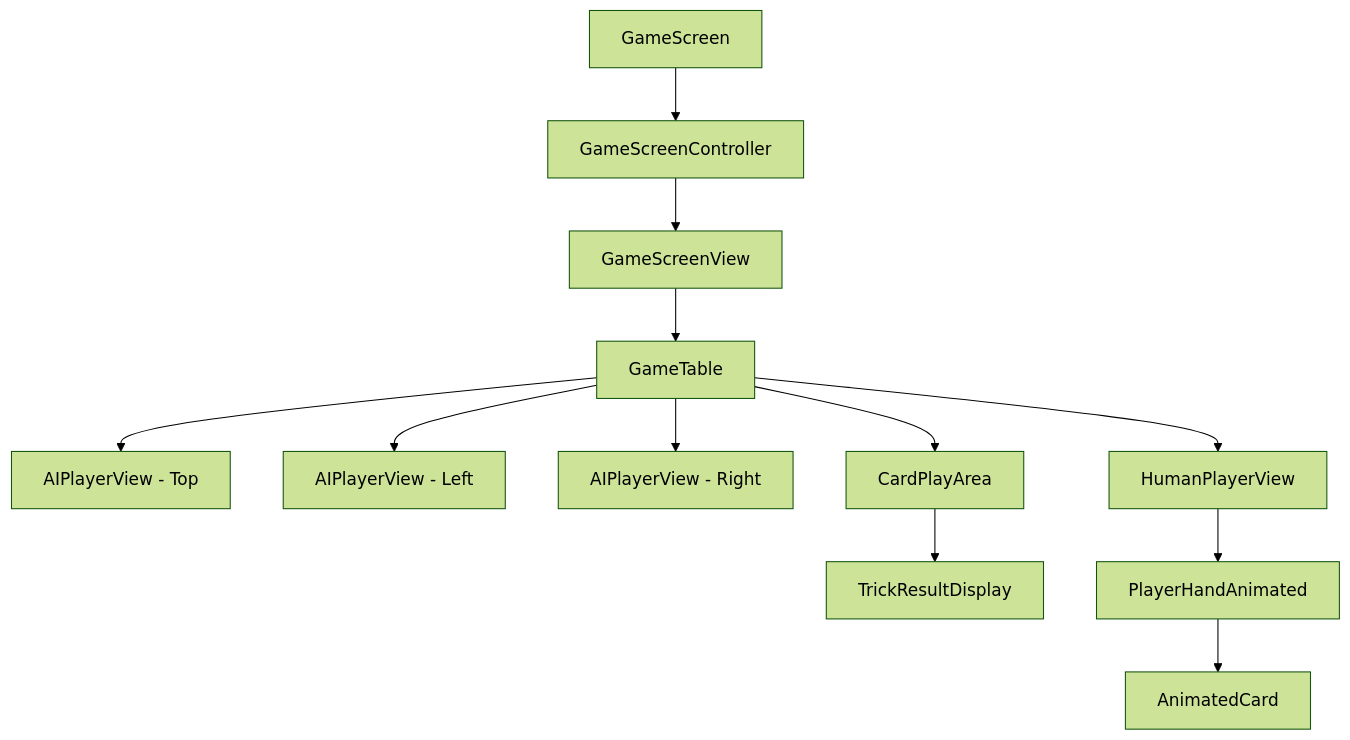
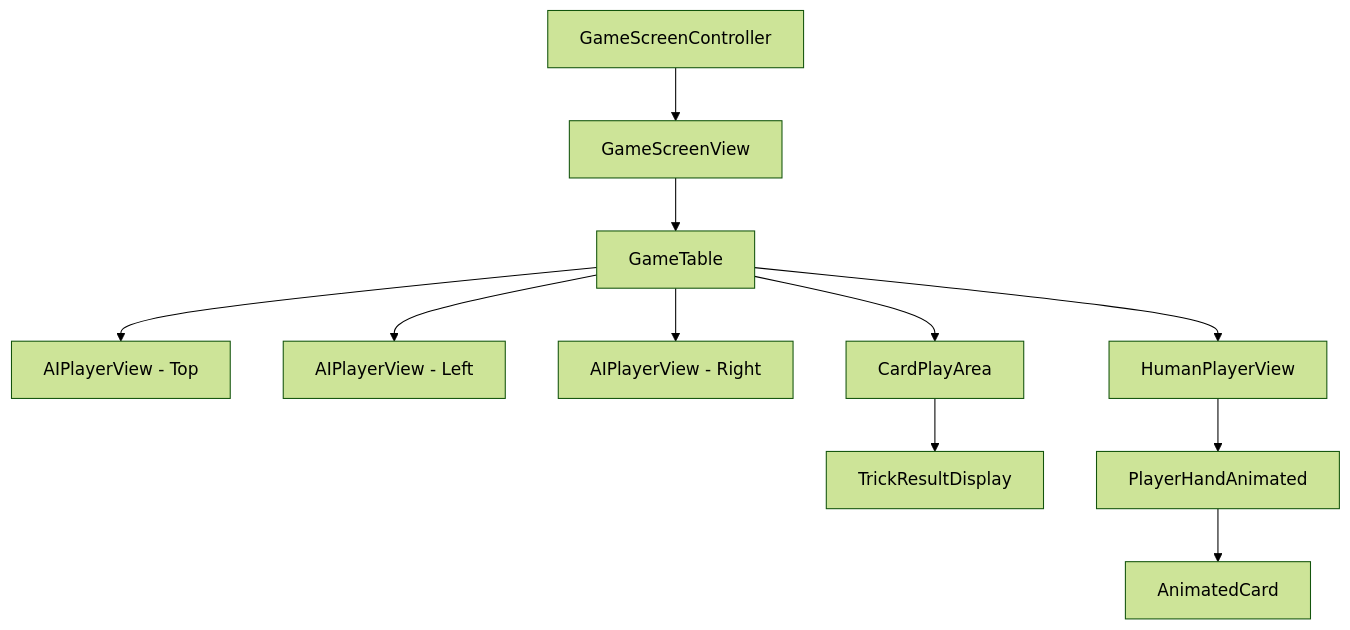
Before and after one commit to ejfn/Tractor: the third of 3 diagrams in docs/ARCHITECTURE.md, drawn with Mermaid (forest theme). The commit also changed other lines of this file and 18 other files, not shown here.

First line of the commit message:
Refactor player hand components and fix type/lint errors (#4)

````diff
--- a/docs/ARCHITECTURE.md
+++ b/docs/ARCHITECTURE.md
@@ -87,14 +85,13 @@
 ```mermaid
 graph TD
-    A["GameScreen"] --> B["GameScreenController"]
-    B --> C["GameScreenView"]
-    C --> D["GameTable"]
-    D --> E["AIPlayerView - Top"]
-    D --> F["AIPlayerView - Left"]
-    D --> G["AIPlayerView - Right"]
-    D --> H["HumanPlayerView"]
-    D --> I["CardPlayArea"]
-    I --> J["TrickResultDisplay"]
-    H --> K["PlayerHandAnimated"]
-    K --> L["AnimatedCard"]
+    A["GameScreenController"] --> B["GameScreenView"]
+    B --> C["GameTable"]
+    C --> D["AIPlayerView - Top"]
+    C --> E["AIPlayerView - Left"]
+    C --> F["AIPlayerView - Right"]
+    C --> G["HumanPlayerView"]
+    C --> H["CardPlayArea"]
+    H --> I["TrickResultDisplay"]
+    G --> J["PlayerHandAnimated"]
+    J --> K["AnimatedCard"]
 ```
````
